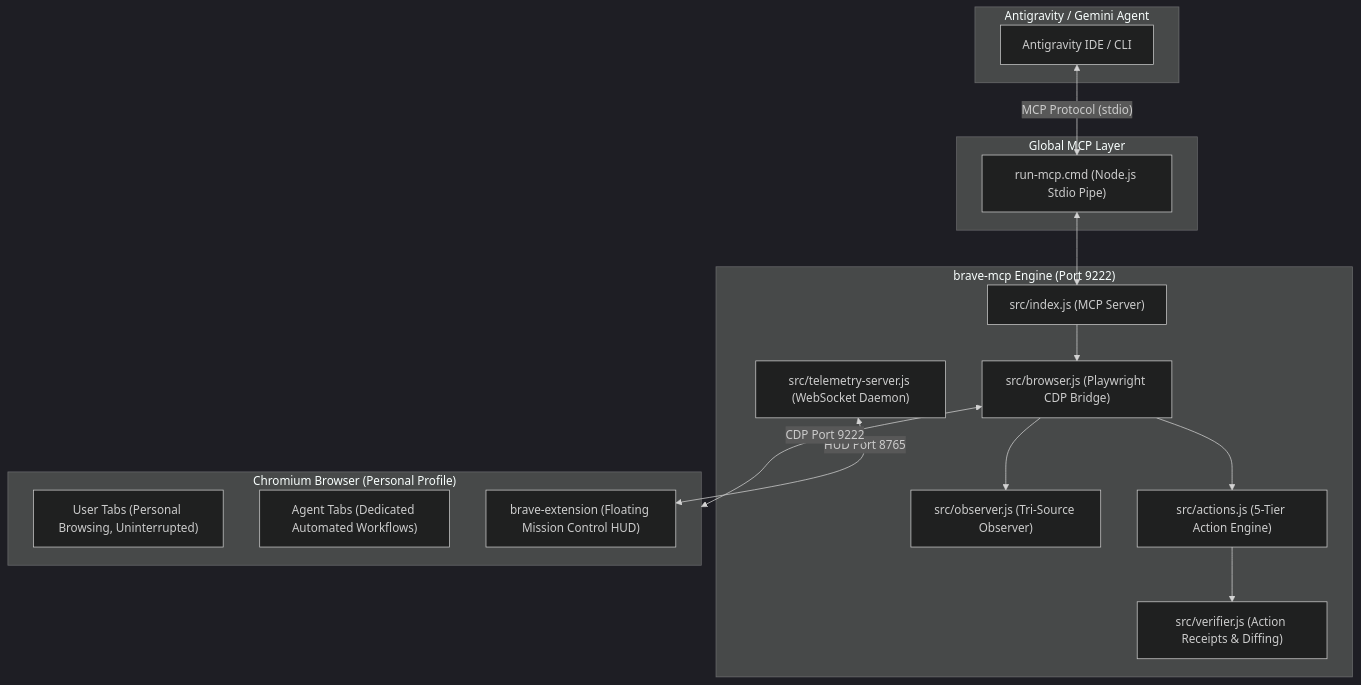
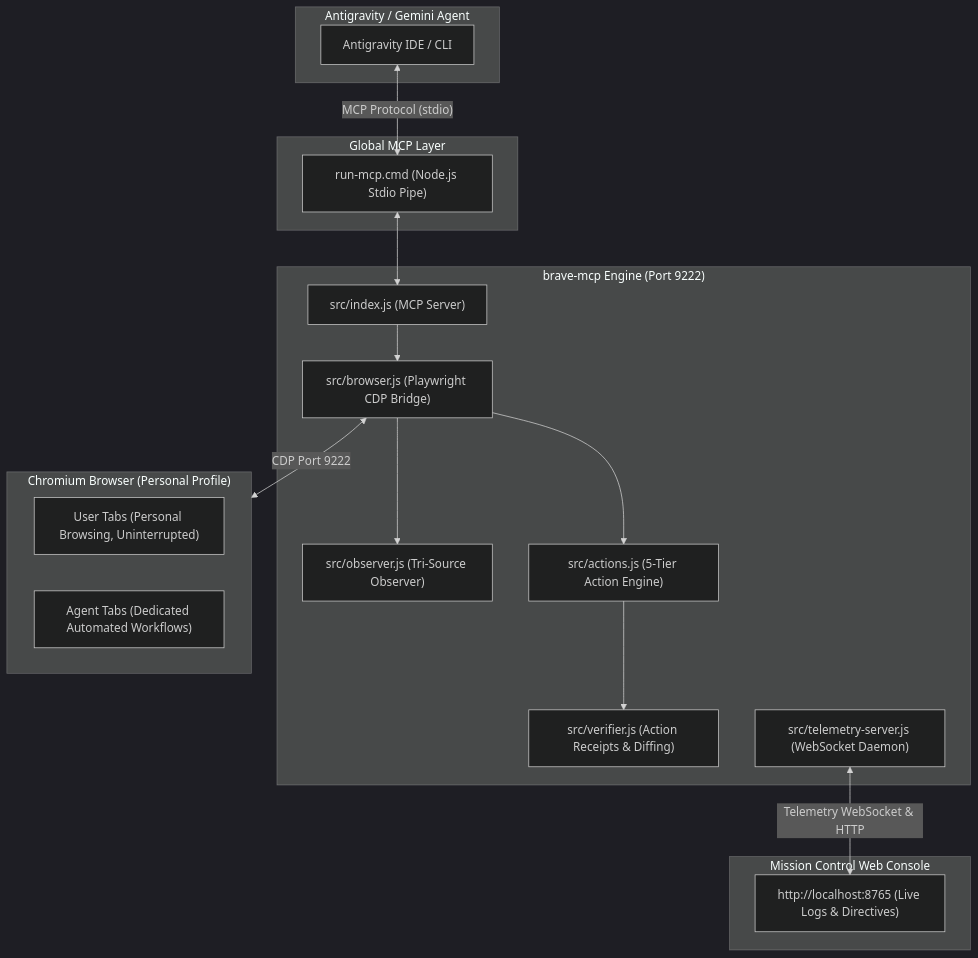
Before and after one commit to Godwynski/Browser-remastered: the diagram in README.md, drawn with Mermaid (dark theme). The commit also changed other lines of this file and 15 other files, not shown here.

Commit message:
feat: streamline architecture for production, remove companion extension, and align repository metadata

````diff
--- a/README.md
+++ b/README.md
@@ -23,34 +23,37 @@
 ```mermaid
 graph TD
     subgraph AI["Antigravity / Gemini Agent"]
         AGY["Antigravity IDE / CLI"]
     end
 
     subgraph Config["Global MCP Layer"]
         CMD["run-mcp.cmd (Node.js Stdio Pipe)"]
     end
 
     subgraph Bridge["brave-mcp Engine (Port 9222)"]
         INDEX["src/index.js (MCP Server)"]
         BROWSER["src/browser.js (Playwright CDP Bridge)"]
         OBS["src/observer.js (Tri-Source Observer)"]
         ACT["src/actions.js (5-Tier Action Engine)"]
         VER["src/verifier.js (Action Receipts & Diffing)"]
         TEL["src/telemetry-server.js (WebSocket Daemon)"]
     end
 
     subgraph Brave["Chromium Browser (Personal Profile)"]
         UW["User Tabs (Personal Browsing, Uninterrupted)"]
         AW["Agent Tabs (Dedicated Automated Workflows)"]
-        EXT["brave-extension (Floating Mission Control HUD)"]
+    end
+
+    subgraph Console["Mission Control Web Console"]
+        DASH["http://localhost:8765 (Live Logs & Directives)"]
     end
 
     AGY <-->|"MCP Protocol (stdio)"| CMD
     CMD <--> INDEX
     INDEX --> BROWSER
     BROWSER <-->|"CDP Port 9222"| Brave
     BROWSER --> OBS
     BROWSER --> ACT
     ACT --> VER
-    TEL <-->|"HUD Port 8765"| EXT
+    TEL <-->|"Telemetry WebSocket & HTTP"| DASH
 ```
````
